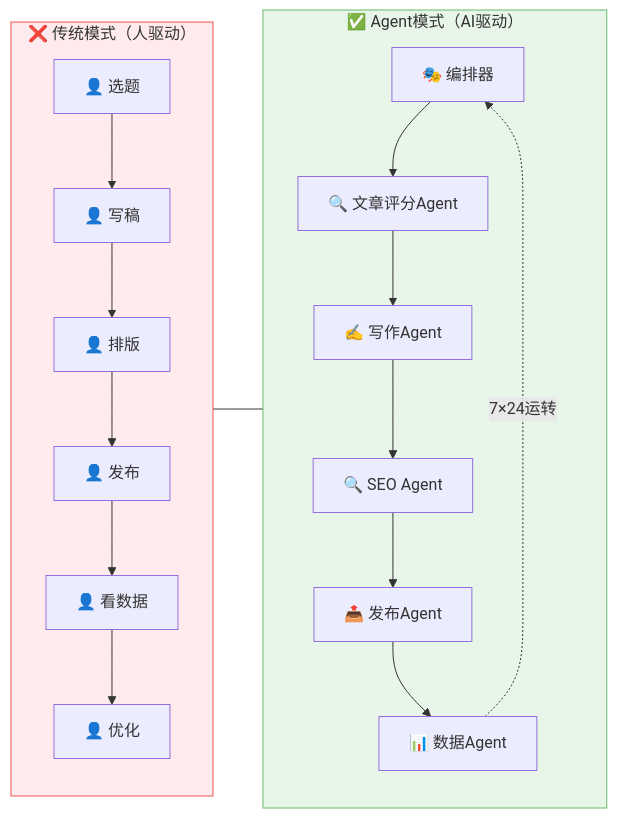
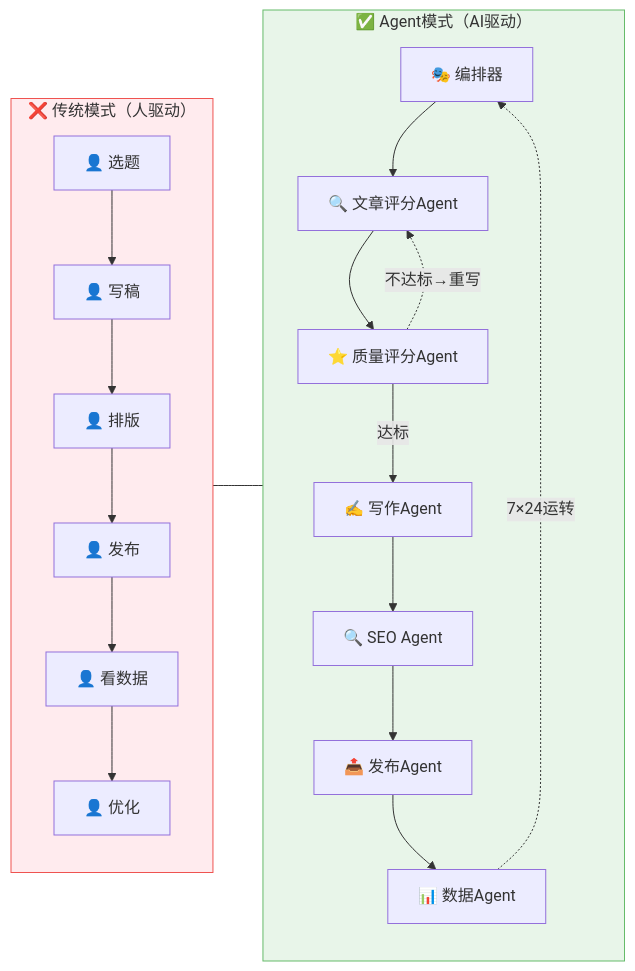
The first of 4 diagrams in 00-方案概述.md (flyingsnowzz/Multi-Agent-Automatic-Operation-Website), drawn with Mermaid before and after one commit. The commit also changed 3 other files, not shown here.

````diff
--- a/00-方案概述.md
+++ b/00-方案概述.md
@@ -13,19 +13,21 @@
 ```mermaid
 flowchart LR
     subgraph TRADITIONAL["❌ 传统模式（人驱动）"]
         T1["👤 选题"] --> T2["👤 写稿"] --> T3["👤 排版"] --> T4["👤 发布"] --> T5["👤 看数据"] --> T6["👤 优化"]
     end
 
     subgraph AGENT["✅ Agent模式（AI驱动）"]
         A1["🎭 编排器"] --> A2["🔍 文章评分Agent"]
-        A2 --> A3["✍️ 写作Agent"]
+        A2 --> QUALITY["⭐ 质量评分Agent"]
+        QUALITY -->|"达标"| A3["✍️ 写作Agent"]
+        QUALITY -.->|"不达标→重写"| A2
         A3 --> A4["🔍 SEO Agent"]
         A4 --> A5["📤 发布Agent"]
         A5 --> A6["📊 数据Agent"]
         A6 -. "7×24运转" .-> A1
     end
 
     TRADITIONAL --- AGENT
     style TRADITIONAL fill:#ffebee,stroke:#ef5350
     style AGENT fill:#e8f5e9,stroke:#66bb6a
 ```
````
